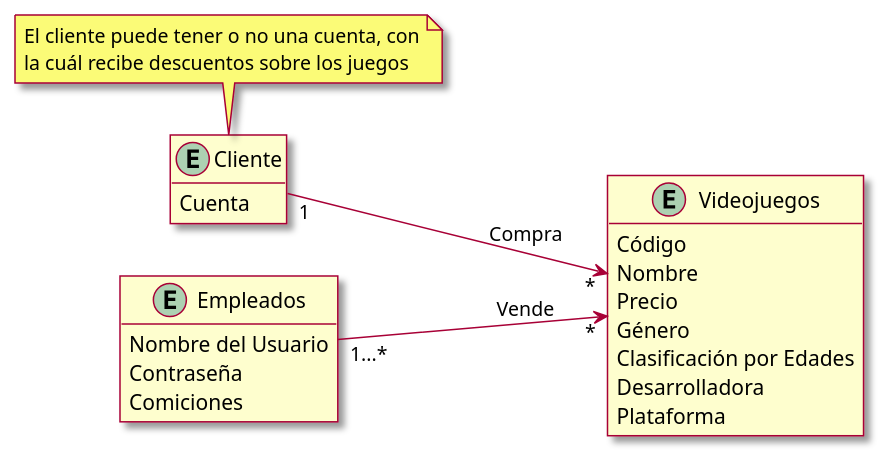
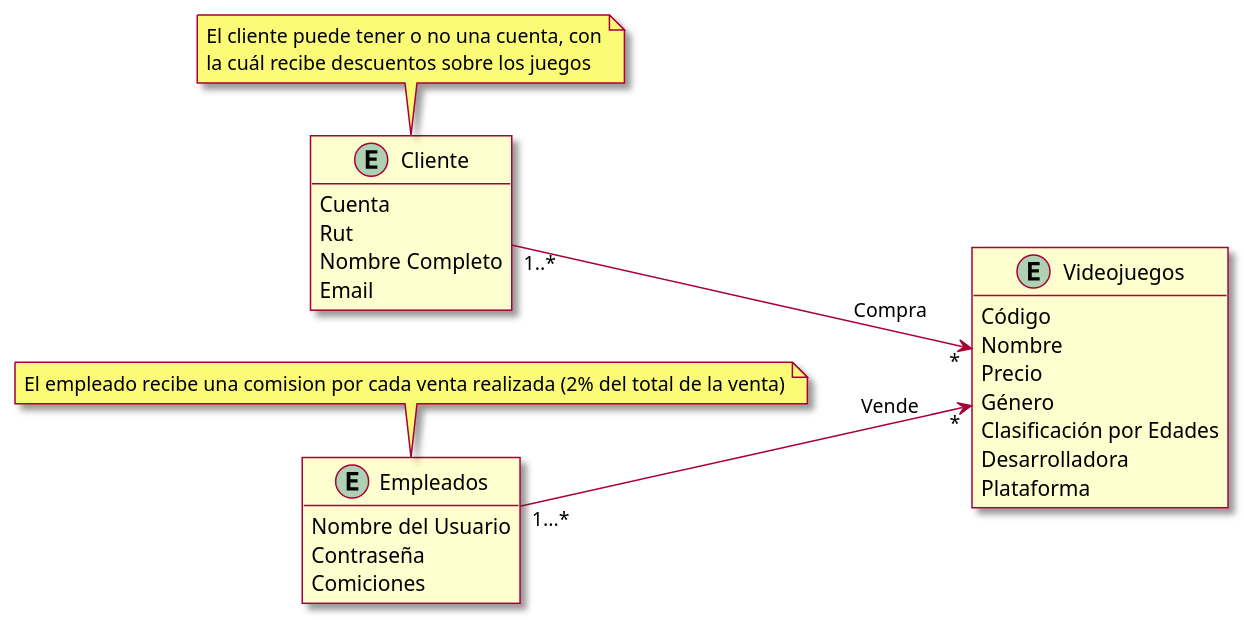
The diagram in src/Modelo del Dominio.puml (SrMoebius/-PA-Taller1_AguileraRodrigo-Cort-sDiego), drawn with PlantUML before and after one commit. The commit also changed 3 other files, not shown here.

```diff
--- a/src/Modelo del Dominio.puml
+++ b/src/Modelo del Dominio.puml
@@ -1,41 +1,44 @@
 @startuml
 'https://plantuml.com/sequence-diagram
 
 left to right direction
 skin rose
 hide methods
 
 'ENTIDADES
 
 entity Empleados{
     Nombre del Usuario
     Contraseña
     Comiciones
 }
 
 entity Videojuegos{
     Código
     Nombre
     Precio
     Género
     Clasificación por Edades
     Desarrolladora
     Plataforma
 }
 
 entity Cliente{
     Cuenta
+    Rut
+    Nombre Completo
+    Email
 }
 
 'NOTAS
 note "El cliente puede tener o no una cuenta, con\nla cuál recibe descuentos sobre los juegos" as Nota1
-
+note "El empleado recibe una comision por cada venta realizada (2% del total de la venta)" as Nota2
 
 'RELACIONES
 Empleados "1...*" --> "*" Videojuegos : Vende
-Cliente "1" --> "*" Videojuegos : Compra
+Cliente "1..*" --> "*" Videojuegos : Compra
 
 Nota1 -> Cliente
-
+Nota2 -> Empleados
 
 @enduml
```
